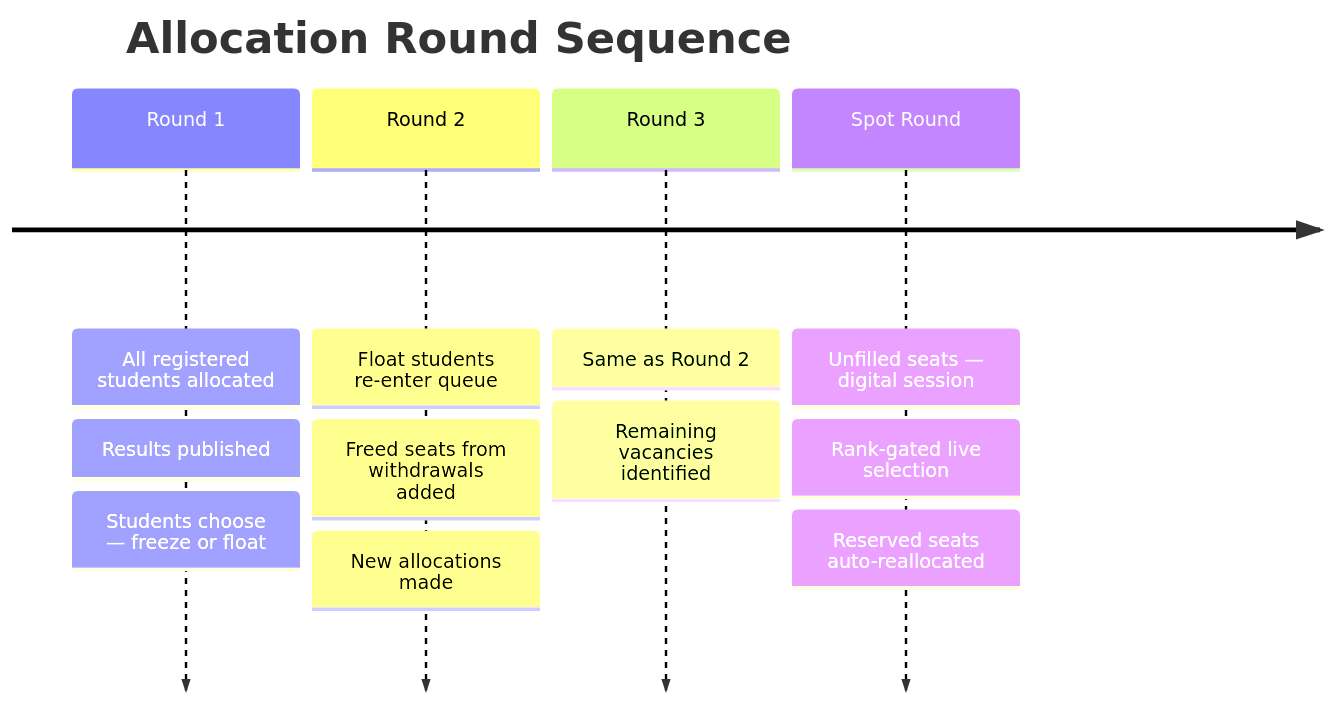
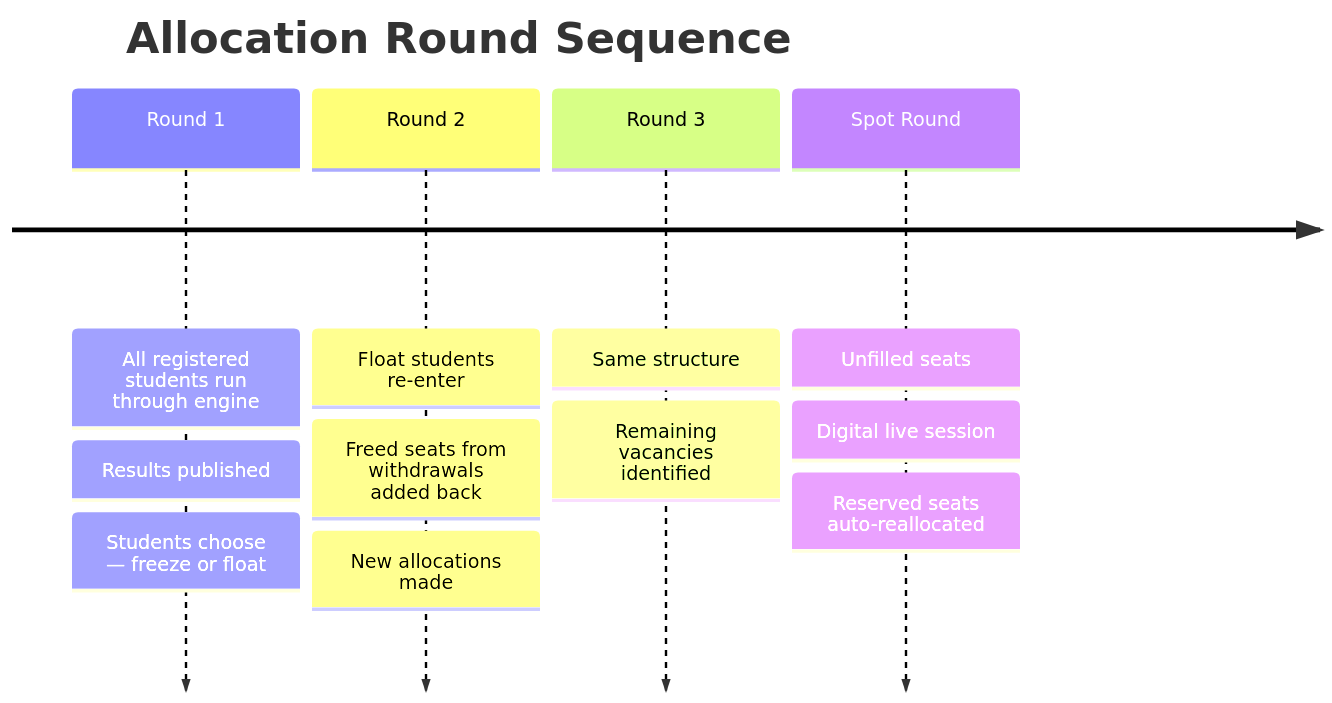
One commit to aashrutsharma2/docs changed the second of 3 diagrams in praveshai/seat-allocation.mdx. Above: the diagram before and after it, drawn with Mermaid. The commit also changed other lines of this file and 4 other files, not shown here.

````diff
--- a/praveshai/seat-allocation.mdx
+++ b/praveshai/seat-allocation.mdx
@@ -73,18 +69,18 @@
 ```mermaid
 timeline
     title Allocation Round Sequence
-    Round 1 : All registered students allocated
-             : Results published
-             : Students choose — freeze or float
+    Round 1 : All registered students run through engine
+            : Results published
+            : Students choose — freeze or float
 
-    Round 2 : Float students re-enter queue
-             : Freed seats from withdrawals added
-             : New allocations made
+    Round 2 : Float students re-enter
+            : Freed seats from withdrawals added back
+            : New allocations made
 
-    Round 3 : Same as Round 2
-             : Remaining vacancies identified
+    Round 3 : Same structure
+            : Remaining vacancies identified
 
-    Spot Round : Unfilled seats — digital session
-                : Rank-gated live selection
-                : Reserved seats auto-reallocated
+    Spot Round : Unfilled seats
+               : Digital live session
+               : Reserved seats auto-reallocated
 ```
````
